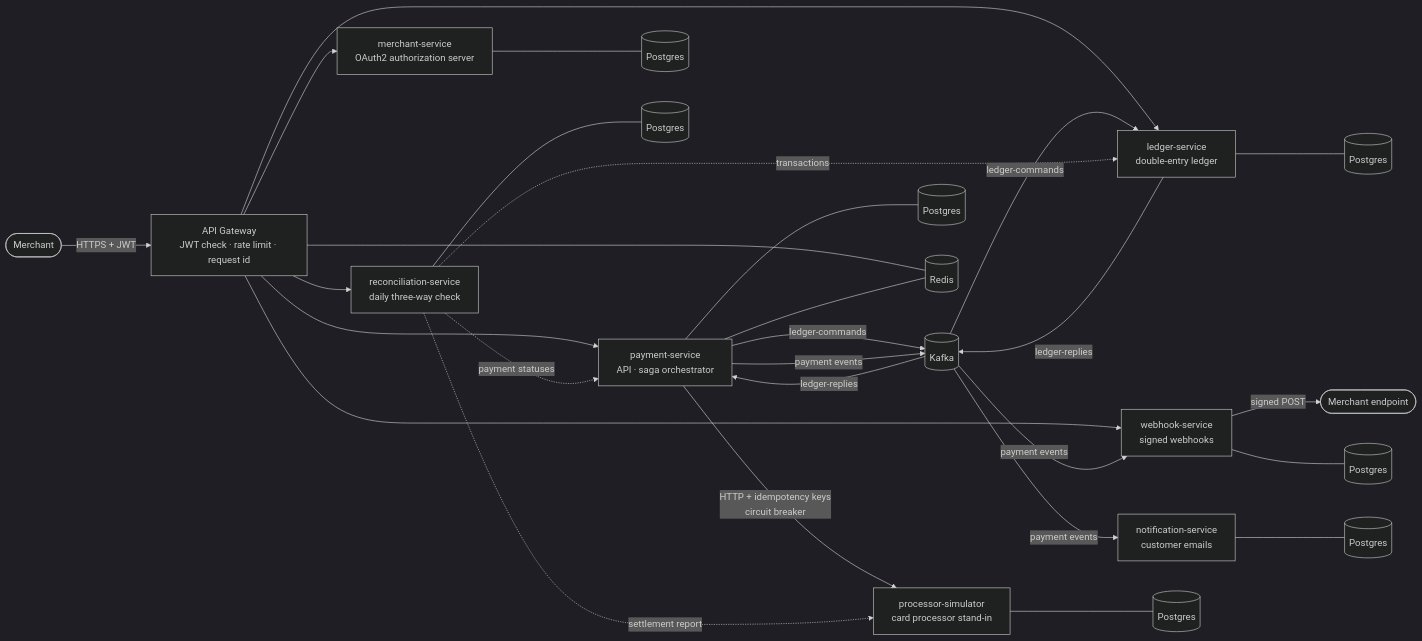
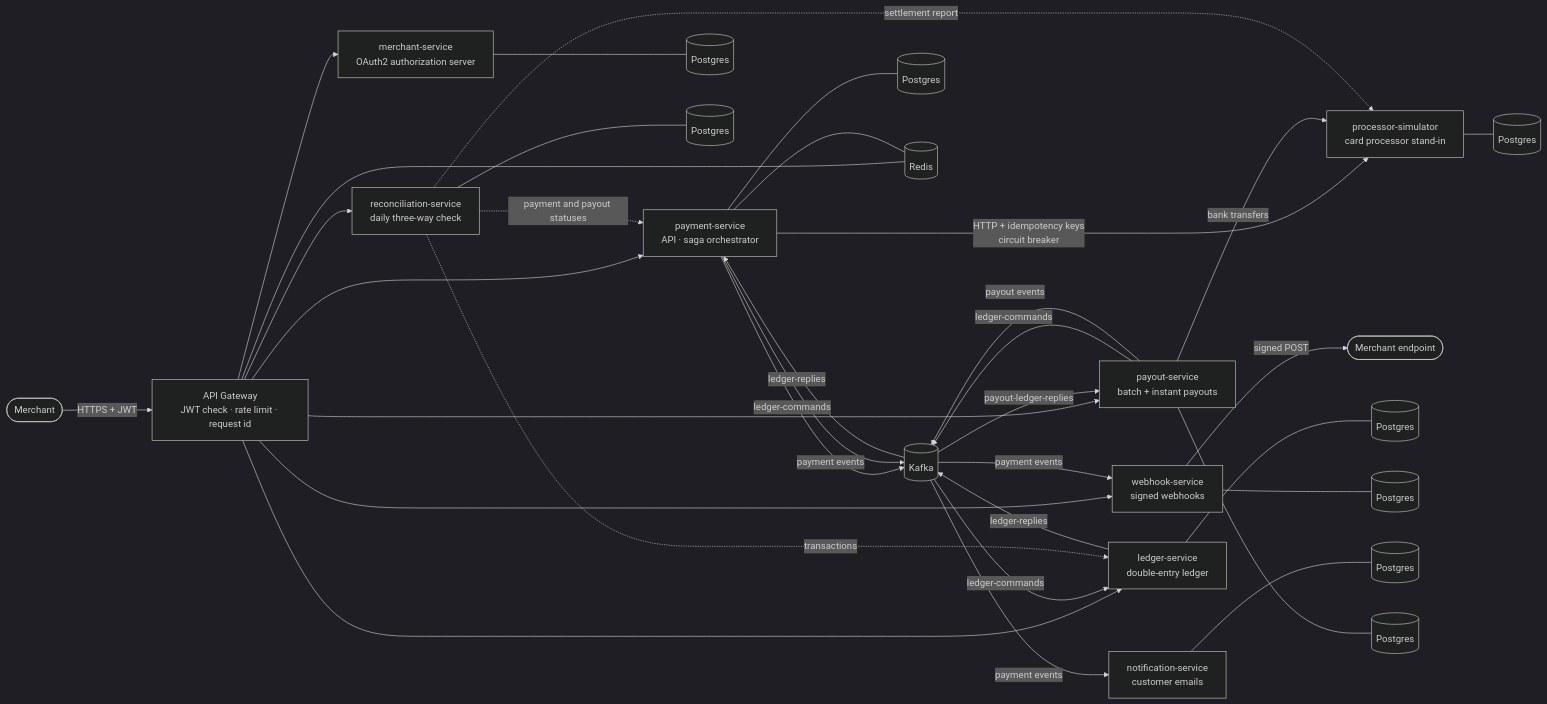
The diagram in README.md (ShyleshVR/Payments-Engine), drawn with Mermaid (dark theme) before and after one commit. The commit also changed other lines of this file and 184 other files, not shown here.

Commit message:
Payout Service Added

````diff
--- a/README.md
+++ b/README.md
@@ -12,30 +12,36 @@
 ```mermaid
 flowchart LR
     M([Merchant]) -->|HTTPS + JWT| GW[API Gateway<br/>JWT check · rate limit · request id]
     GW --> MS[merchant-service<br/>OAuth2 authorization server]
     GW --> PS[payment-service<br/>API · saga orchestrator]
     GW --> LS[ledger-service<br/>double-entry ledger]
     GW --> WS[webhook-service<br/>signed webhooks]
     PS -->|HTTP + idempotency keys<br/>circuit breaker| PR[processor-simulator<br/>card processor stand-in]
     PS -- ledger-commands --> K[(Kafka)]
     K -- ledger-commands --> LS
     LS -- ledger-replies --> K
     K -- ledger-replies --> PS
     PS -- payment events --> K
     K -- payment events --> WS
     K -- payment events --> NS[notification-service<br/>customer emails]
     WS -->|signed POST| ME([Merchant endpoint])
+    GW --> PO[payout-service<br/>batch + instant payouts]
+    PO -- ledger-commands --> K
+    K -- payout-ledger-replies --> PO
+    PO -->|bank transfers| PR
+    PO -- payout events --> K
     GW --> RS[reconciliation-service<br/>daily three-way check]
     RS -.->|settlement report| PR
     RS -.->|transactions| LS
-    RS -.->|payment statuses| PS
+    RS -.->|payment and payout statuses| PS
     PS --- PG1[(Postgres)]
     LS --- PG2[(Postgres)]
     MS --- PG3[(Postgres)]
     WS --- PG4[(Postgres)]
     NS --- PG5[(Postgres)]
     PR --- PG6[(Postgres)]
     RS --- PG7[(Postgres)]
+    PO --- PG8[(Postgres)]
     GW --- R[(Redis)]
     PS --- R
 ```
````
